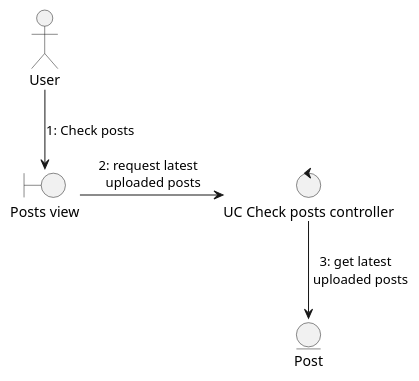
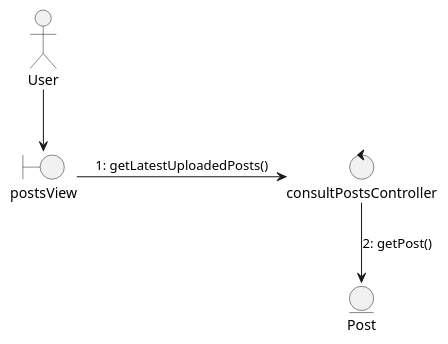
One commit to Dayannis-07/ING_SOFT changed the diagram in docs/scenariosView/collaborationDiagram/useCase-ConsultarPublicaciones.puml. Above: the diagram before and after it, drawn with PlantUML. The commit also changed 11 other files, not shown here.

Commit message:
corrections collaboration Diagram & classDiagram

```diff
--- a/docs/scenariosView/collaborationDiagram/useCase-ConsultarPublicaciones.puml
+++ b/docs/scenariosView/collaborationDiagram/useCase-ConsultarPublicaciones.puml
@@ -1,9 +1,9 @@
 @startuml consultar publicaciones
 actor User
-boundary "Posts view" as view
-User-->view :1: Check posts
-control "UC Check posts controller" as controller
-view-r->controller :2: request latest  \n uploaded posts
+boundary "postsView" as view
+User-->view 
+control "consultPostsController" as controller
+view-r->controller :1: getLatestUploadedPosts()
 entity "Post" as P
-controller-->P :3: get latest  \n uploaded posts
+controller-->P : 2: getPost()
 @enduml
```
